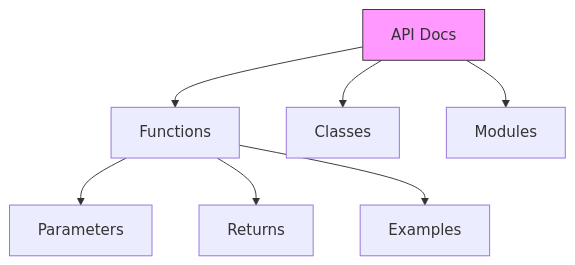
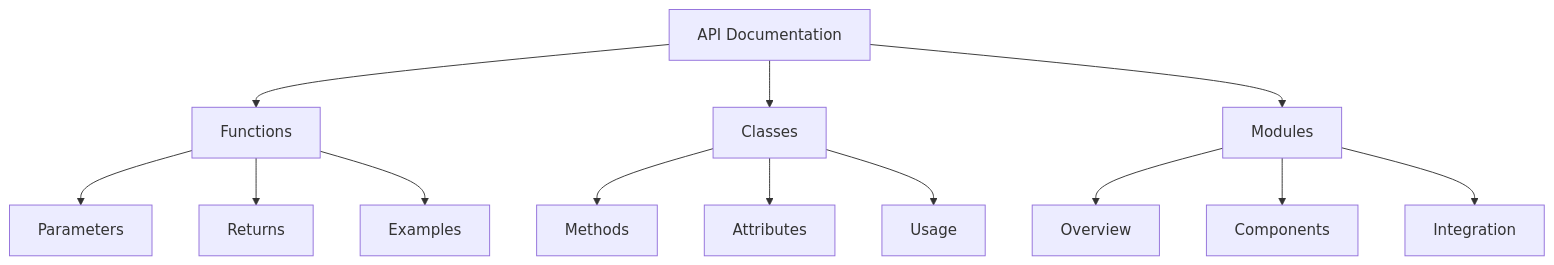
One commit to BjornMelin/ml-vision-lab changed the fourth of 9 diagrams in docs/README.md. Above: the diagram before and after it, drawn with Mermaid. The commit also changed other lines of this file and 2 other files, not shown here.

Commit message:
docs(README): Update project structure and add mermaid diagrams for better visualization

````diff
--- a/docs/README.md
+++ b/docs/README.md
@@ -93,10 +159,15 @@
 ```mermaid
 graph TD
-    A[API Docs] --> B[Functions]
+    A[API Documentation] --> B[Functions]
     A --> C[Classes]
     A --> D[Modules]
     B --> E[Parameters]
     B --> F[Returns]
     B --> G[Examples]
-    style A fill:#f9f,stroke:#333
+    C --> H[Methods]
+    C --> I[Attributes]
+    C --> J[Usage]
+    D --> K[Overview]
+    D --> L[Components]
+    D --> M[Integration]
 ```
````
